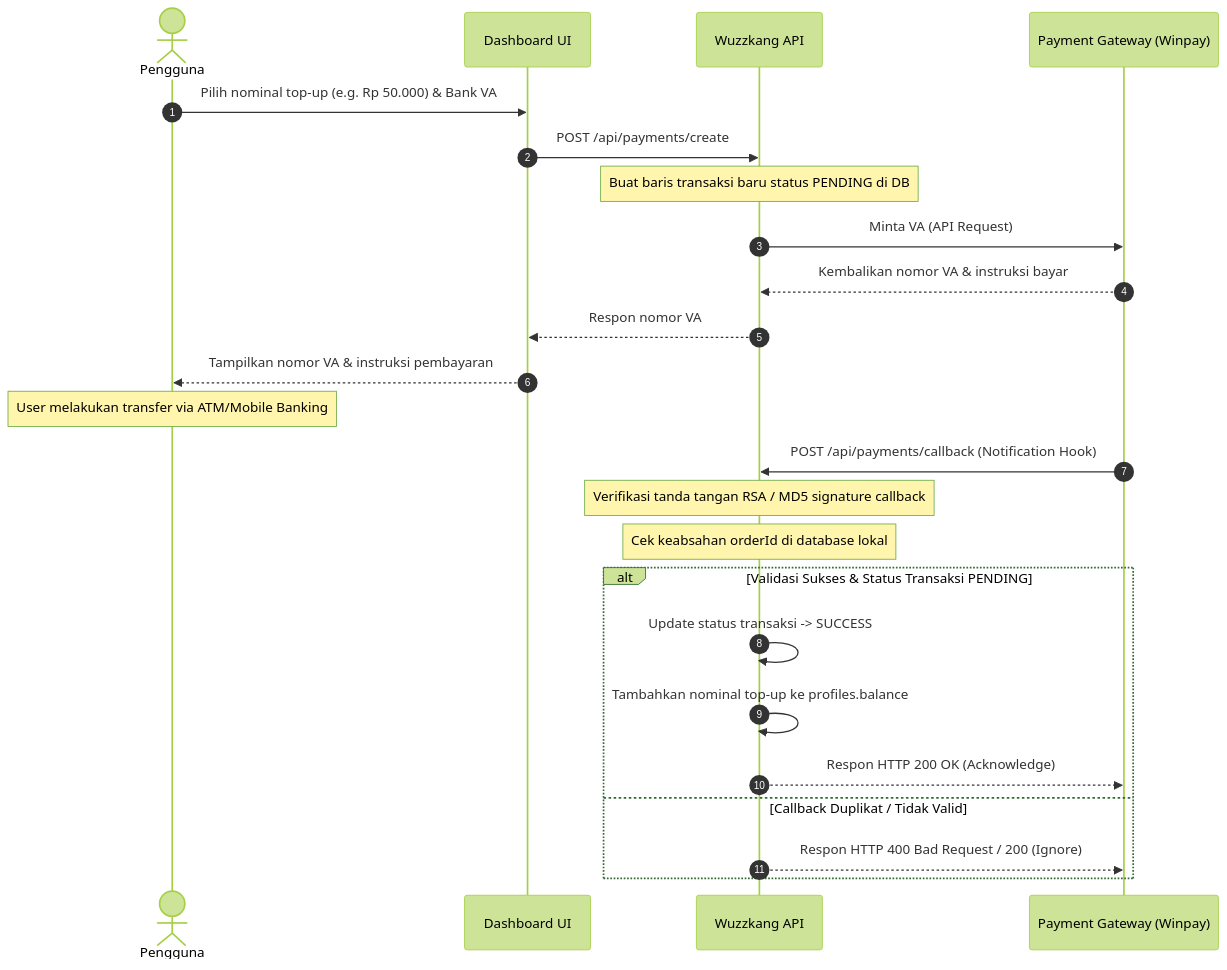
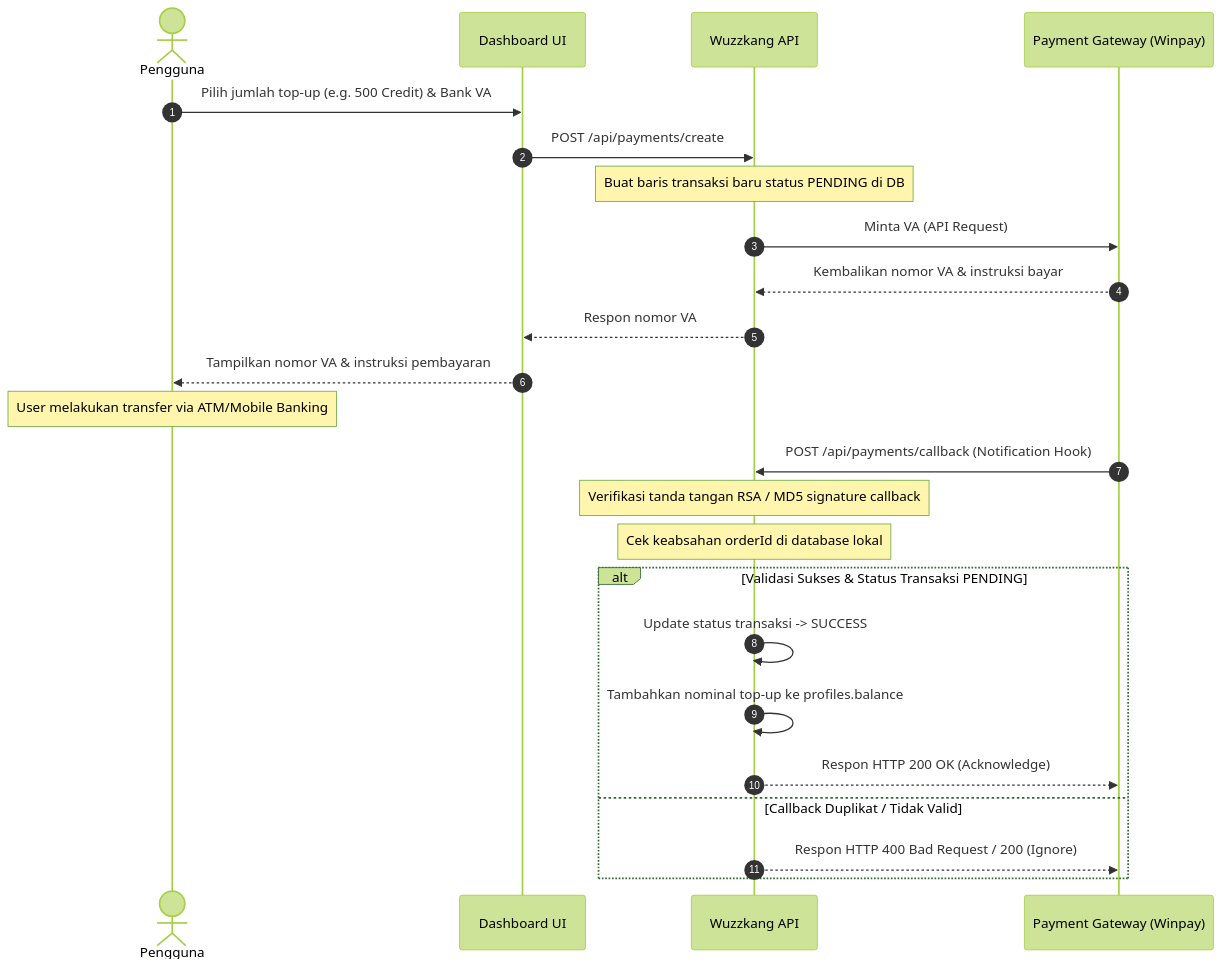
The fifth of 5 diagrams in wuzzkang-engineering/docs/06_FLOW_MAP.md (wuzzkang/engineering), drawn with Mermaid (forest theme) before and after one commit. The commit also changed 2 other files, not shown here.

Commit message:
docs: update payment documentation and UI text to reflect credit-based top-up system

````diff
--- a/wuzzkang-engineering/docs/06_FLOW_MAP.md
+++ b/wuzzkang-engineering/docs/06_FLOW_MAP.md
@@ -127,29 +127,29 @@
 ```mermaid
 sequenceDiagram
     autonumber
     actor User as Pengguna
     participant DB as Dashboard UI
     participant API as Wuzzkang API
     participant PG as Payment Gateway (Winpay)
 
-    User->>DB: Pilih nominal top-up (e.g. Rp 50.000) & Bank VA
+    User->>DB: Pilih jumlah top-up (e.g. 500 Credit) & Bank VA
     DB->>API: POST /api/payments/create
     Note over API: Buat baris transaksi baru status PENDING di DB
     API->>PG: Minta VA (API Request)
     PG-->>API: Kembalikan nomor VA & instruksi bayar
     API-->>DB: Respon nomor VA
     DB-->>User: Tampilkan nomor VA & instruksi pembayaran
     
     Note over User: User melakukan transfer via ATM/Mobile Banking
     
     PG->>API: POST /api/payments/callback (Notification Hook)
     Note over API: Verifikasi tanda tangan RSA / MD5 signature callback
     Note over API: Cek keabsahan orderId di database lokal
     alt Validasi Sukses & Status Transaksi PENDING
         API->>API: Update status transaksi -> SUCCESS
         API->>API: Tambahkan nominal top-up ke profiles.balance
         API-->>PG: Respon HTTP 200 OK (Acknowledge)
     else Callback Duplikat / Tidak Valid
         API-->>PG: Respon HTTP 400 Bad Request / 200 (Ignore)
     end
 ```
````
